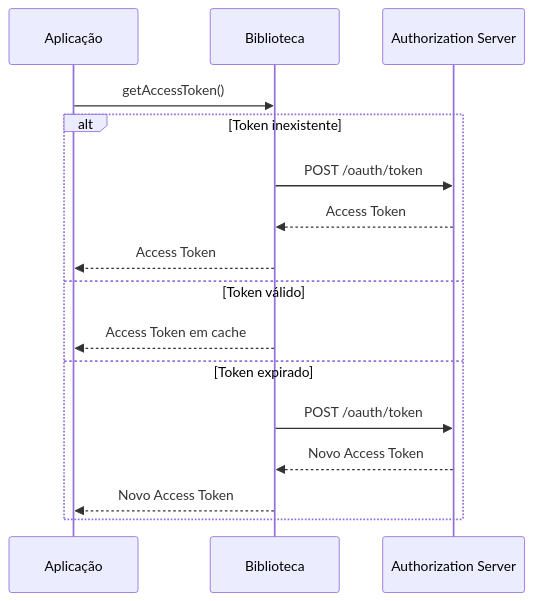
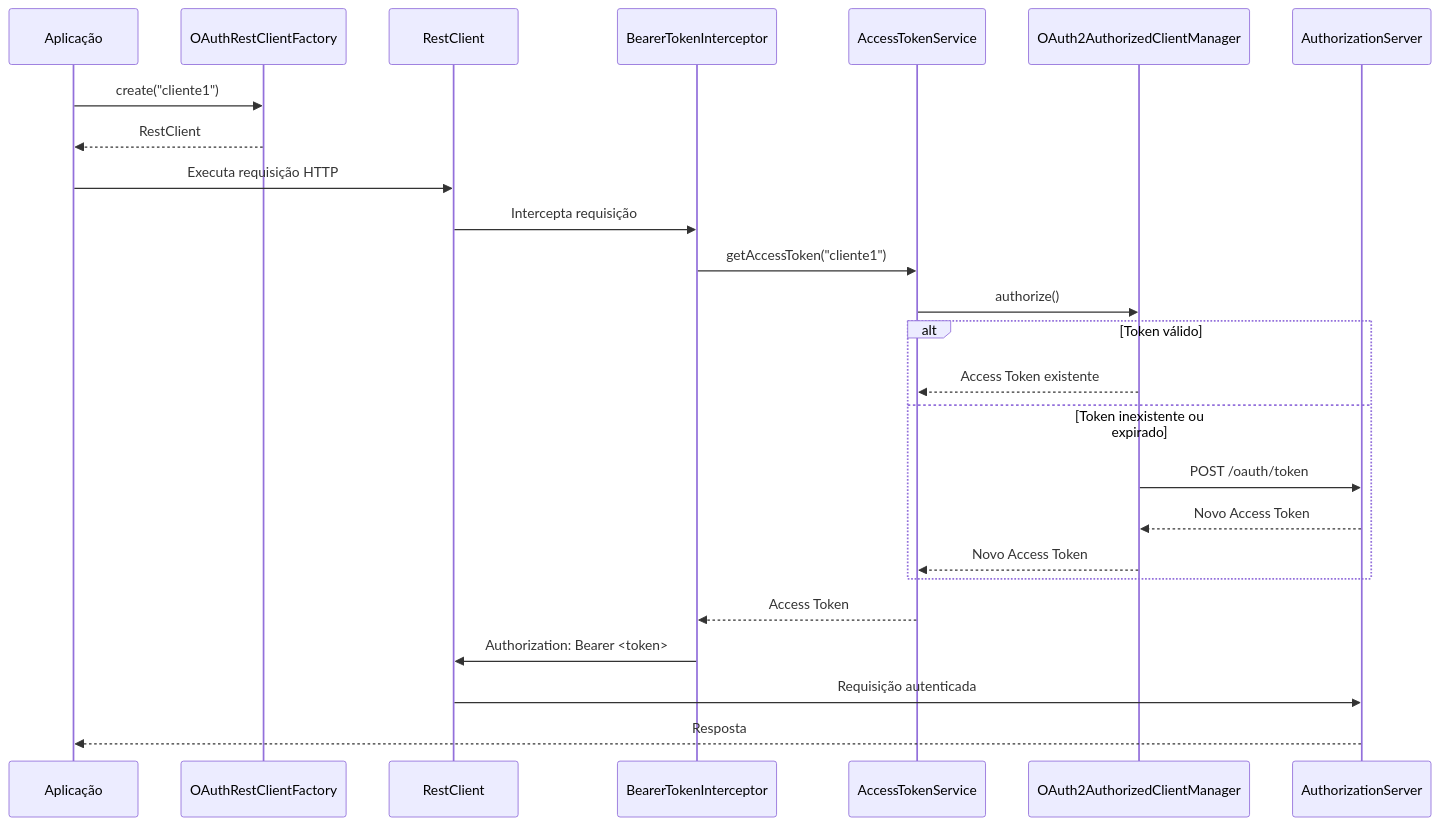
The diagram in README.md (samuelfer/marhasoft-spring-boot-starter-oauth-client), drawn with Mermaid before and after one commit. The commit also changed other lines of this file and 17 other files, not shown here.

First line of the commit message:
feat: adiciona suporte a múltiplos clientes OAuth, RestClient por cliente e documentação completa

````diff
--- a/README.md
+++ b/README.md
@@ -247,20 +647,45 @@
 ```mermaid
 sequenceDiagram
+
     participant Aplicação
-    participant Biblioteca
-    participant Authorization Server
+    participant OAuthRestClientFactory
+    participant RestClient
+    participant BearerTokenInterceptor
+    participant AccessTokenService
+    participant OAuth2AuthorizedClientManager
+    participant AuthorizationServer
 
-    Aplicação->>Biblioteca: getAccessToken()
+    Aplicação->>OAuthRestClientFactory: create("cliente1")
 
-    alt Token inexistente
-        Biblioteca->>Authorization Server: POST /oauth/token
-        Authorization Server-->>Biblioteca: Access Token
-        Biblioteca-->>Aplicação: Access Token
-    else Token válido
-        Biblioteca-->>Aplicação: Access Token em cache
-    else Token expirado
-        Biblioteca->>Authorization Server: POST /oauth/token
-        Authorization Server-->>Biblioteca: Novo Access Token
-        Biblioteca-->>Aplicação: Novo Access Token
+    OAuthRestClientFactory-->>Aplicação: RestClient
+
+    Aplicação->>RestClient: Executa requisição HTTP
+
+    RestClient->>BearerTokenInterceptor: Intercepta requisição
+
+    BearerTokenInterceptor->>AccessTokenService: getAccessToken("cliente1")
+
+    AccessTokenService->>OAuth2AuthorizedClientManager: authorize()
+
+    alt Token válido
+
+        OAuth2AuthorizedClientManager-->>AccessTokenService: Access Token existente
+
+    else Token inexistente ou expirado
+
+        OAuth2AuthorizedClientManager->>AuthorizationServer: POST /oauth/token
+
+        AuthorizationServer-->>OAuth2AuthorizedClientManager: Novo Access Token
+
+        OAuth2AuthorizedClientManager-->>AccessTokenService: Novo Access Token
+
     end
+
+    AccessTokenService-->>BearerTokenInterceptor: Access Token
+
+    BearerTokenInterceptor->>RestClient: Authorization: Bearer <token>
+
+    RestClient->>AuthorizationServer: Requisição autenticada
+
+    AuthorizationServer-->>Aplicação: Resposta
 ```
````
